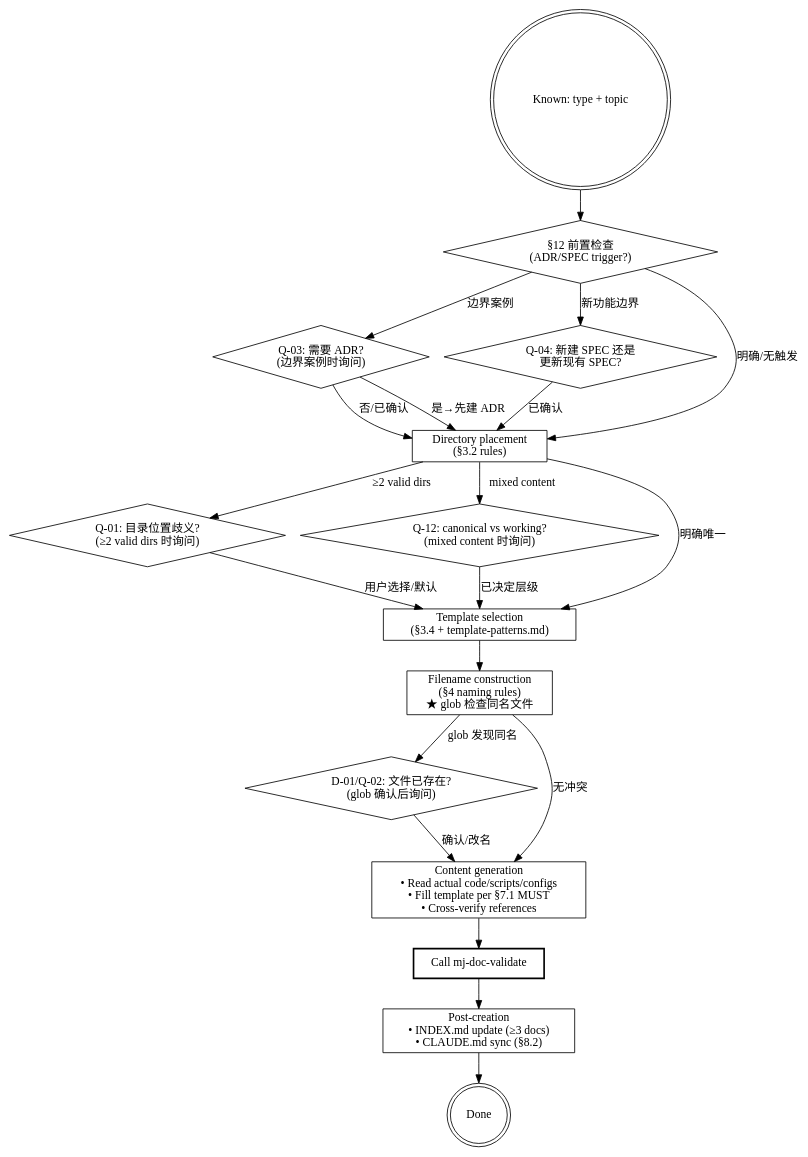
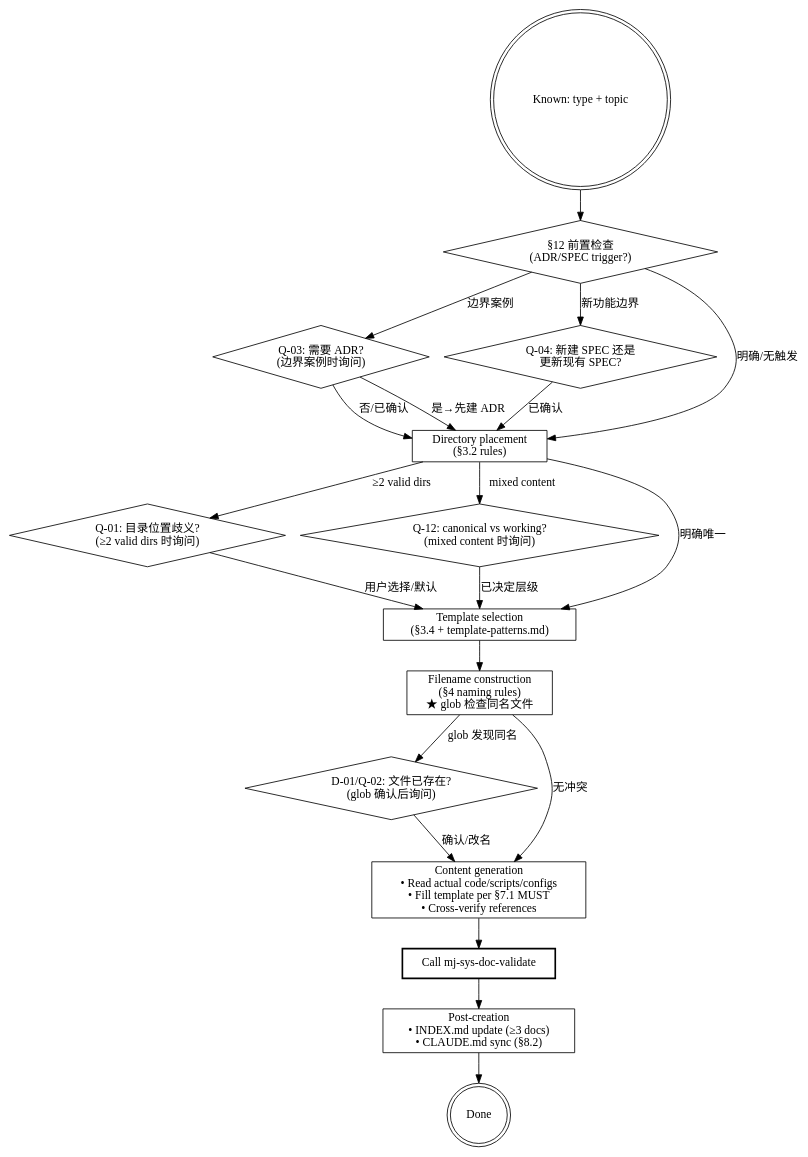
One commit to MJ-AgentLab/mj-agentlab-marketplace changed the diagram in plugins/mj-sys-doc/skills/mj-sys-doc-author/SKILL.md. Above: the diagram before and after it, drawn with Graphviz. The commit also changed other lines of this file and 54 other files, not shown here.

````diff
--- a/plugins/mj-sys-doc/skills/mj-sys-doc-author/SKILL.md
+++ b/plugins/mj-sys-doc/skills/mj-sys-doc-author/SKILL.md
@@ -20,45 +20,45 @@
 ```dot
 digraph author {
   rankdir=TB;
   start [label="Known: type + topic" shape=doublecircle];
   precheck [label="§12 前置检查\n(ADR/SPEC trigger?)" shape=diamond];
 
   q03 [label="Q-03: 需要 ADR?\n(边界案例时询问)" shape=diamond];
   q04 [label="Q-04: 新建 SPEC 还是\n更新现有 SPEC?" shape=diamond];
 
   dir [label="Directory placement\n(§3.2 rules)" shape=box];
 
   q01 [label="Q-01: 目录位置歧义?\n(≥2 valid dirs 时询问)" shape=diamond];
 
   q12 [label="Q-12: canonical vs working?\n(mixed content 时询问)" shape=diamond];
   template [label="Template selection\n(§3.4 + template-patterns.md)" shape=box];
   filename [label="Filename construction\n(§4 naming rules)\n★ glob 检查同名文件" shape=box];
 
   d01q02 [label="D-01/Q-02: 文件已存在?\n(glob 确认后询问)" shape=diamond];
 
   content [label="Content generation\n• Read actual code/scripts/configs\n• Fill template per §7.1 MUST\n• Cross-verify references" shape=box];
-  validate [label="Call mj-doc-validate" shape=box style=bold];
+  validate [label="Call mj-sys-doc-validate" shape=box style=bold];
   post [label="Post-creation\n• INDEX.md update (≥3 docs)\n• CLAUDE.md sync (§8.2)" shape=box];
   done [label="Done" shape=doublecircle];
 
   start -> precheck;
   precheck -> q03 [label="边界案例"];
   precheck -> q04 [label="新功能边界"];
   precheck -> dir [label="明确/无触发"];
   q03 -> dir [label="否/已确认"];
   q03 -> dir [label="是→先建 ADR"];
   q04 -> dir [label="已确认"];
   dir -> q12 [label="mixed content"];
   dir -> q01 [label="≥2 valid dirs"];
   dir -> template [label="明确唯一"];
   q12 -> template [label="已决定层级"];
   q01 -> template [label="用户选择/默认"];
   template -> filename;
   filename -> d01q02 [label="glob 发现同名"];
   filename -> content [label="无冲突"];
   d01q02 -> content [label="确认/改名"];
   content -> validate;
   validate -> post;
   post -> done;
 }
 ```
````
